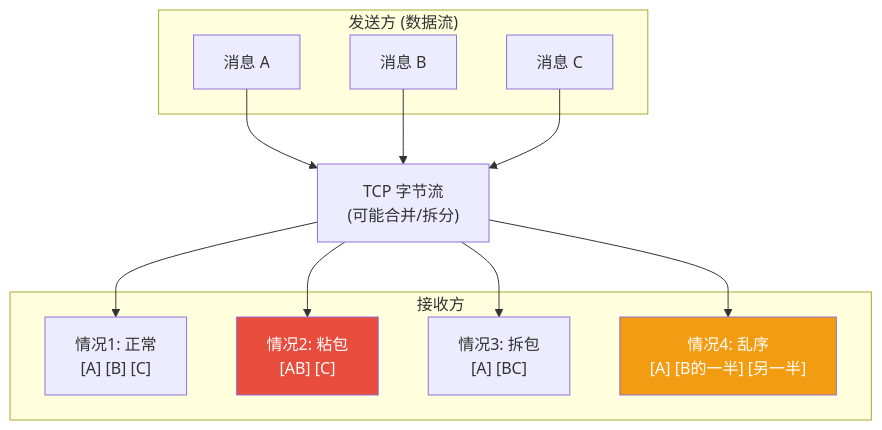
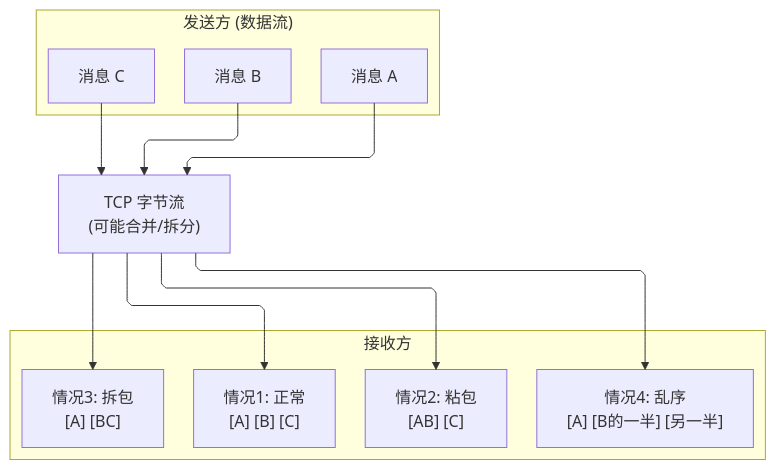
The diagram in 05-Network Programming (网络编程)/01 · 网络基础/02-TCP Deep Dive (TCP深入) ⭐/02e-Sticky Packet Problem & Solutions (粘包问题与解决).md (ziyan-cs/obsidian-coding-notes), drawn with Mermaid before and after one commit. The commit also changed 37 other files, not shown here.

````diff
--- a/05-Network Programming (网络编程)/01 · 网络基础/02-TCP Deep Dive (TCP深入) ⭐/02e-Sticky Packet Problem & Solutions (粘包问题与解决).md
+++ b/05-Network Programming (网络编程)/01 · 网络基础/02-TCP Deep Dive (TCP深入) ⭐/02e-Sticky Packet Problem & Solutions (粘包问题与解决).md
@@ -13,18 +13,23 @@
 ```mermaid
+%%{init: {"flowchart": {"defaultRenderer": "elk", "curve": "monotoneX"}} }%%
 graph TD
     subgraph Send["发送方 (数据流)"]
         M1["消息 A"]
         M2["消息 B"]
         M3["消息 C"]
     end
     TCP["TCP 字节流<br/>(可能合并/拆分)"]
     subgraph Recv["接收方"]
         CASE1["情况1: 正常<br/>[A] [B] [C]"]
         CASE2["情况2: 粘包<br/>[AB] [C]"]
         CASE3["情况3: 拆包<br/>[A] [BC]"]
         CASE4["情况4: 乱序<br/>[A] [B的一半] [另一半]"]
     end
-    M1 & M2 & M3 --> TCP --> CASE1 & CASE2 & CASE3 & CASE4
-    style CASE2 fill:#e74c3c,color:#fff
-    style CASE4 fill:#f39c12,color:#fff
+    M1 --> TCP
+    M2 --> TCP
+    M3 --> TCP
+    TCP --> CASE1
+    TCP --> CASE2
+    TCP --> CASE3
+    TCP --> CASE4
 ```
````
